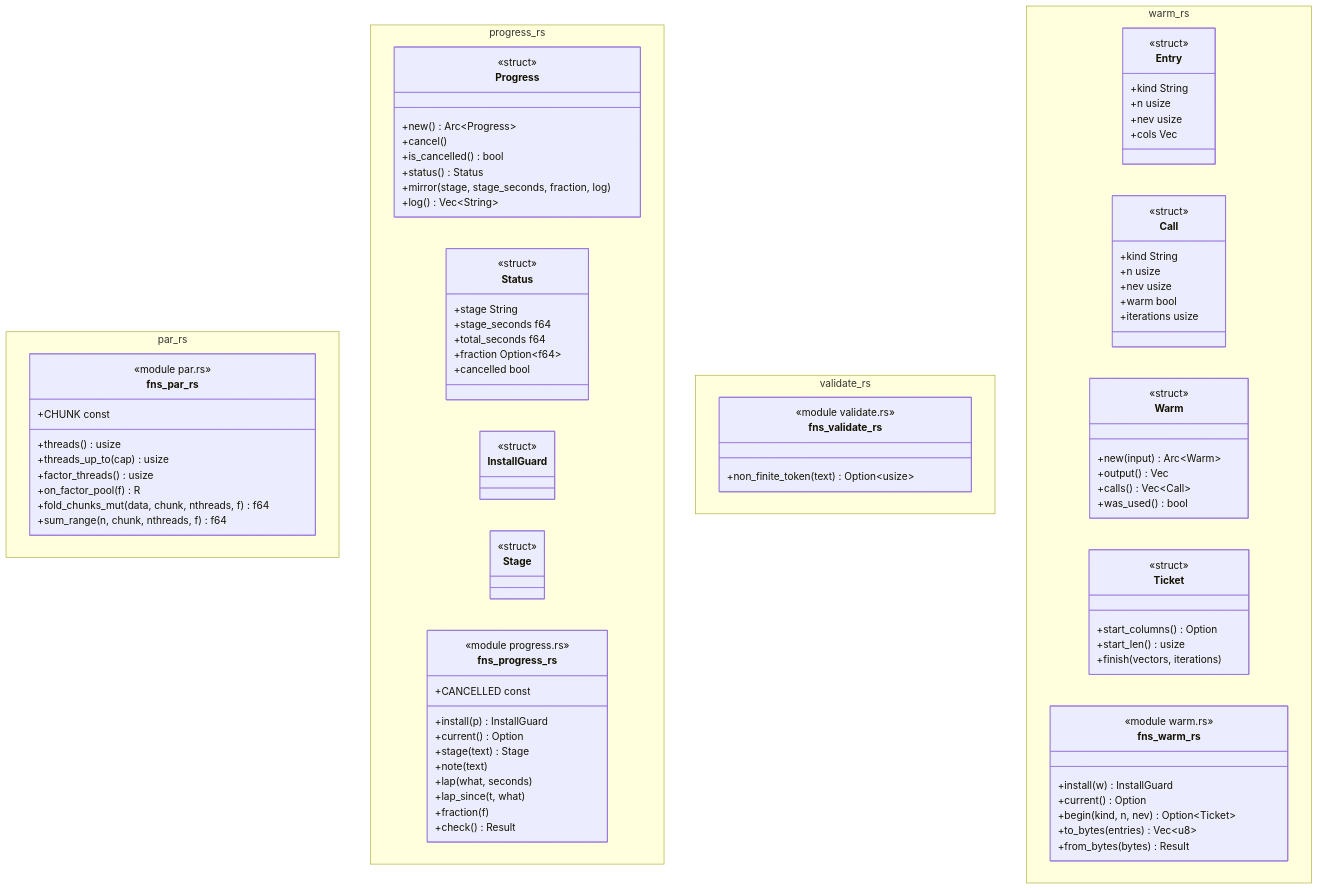
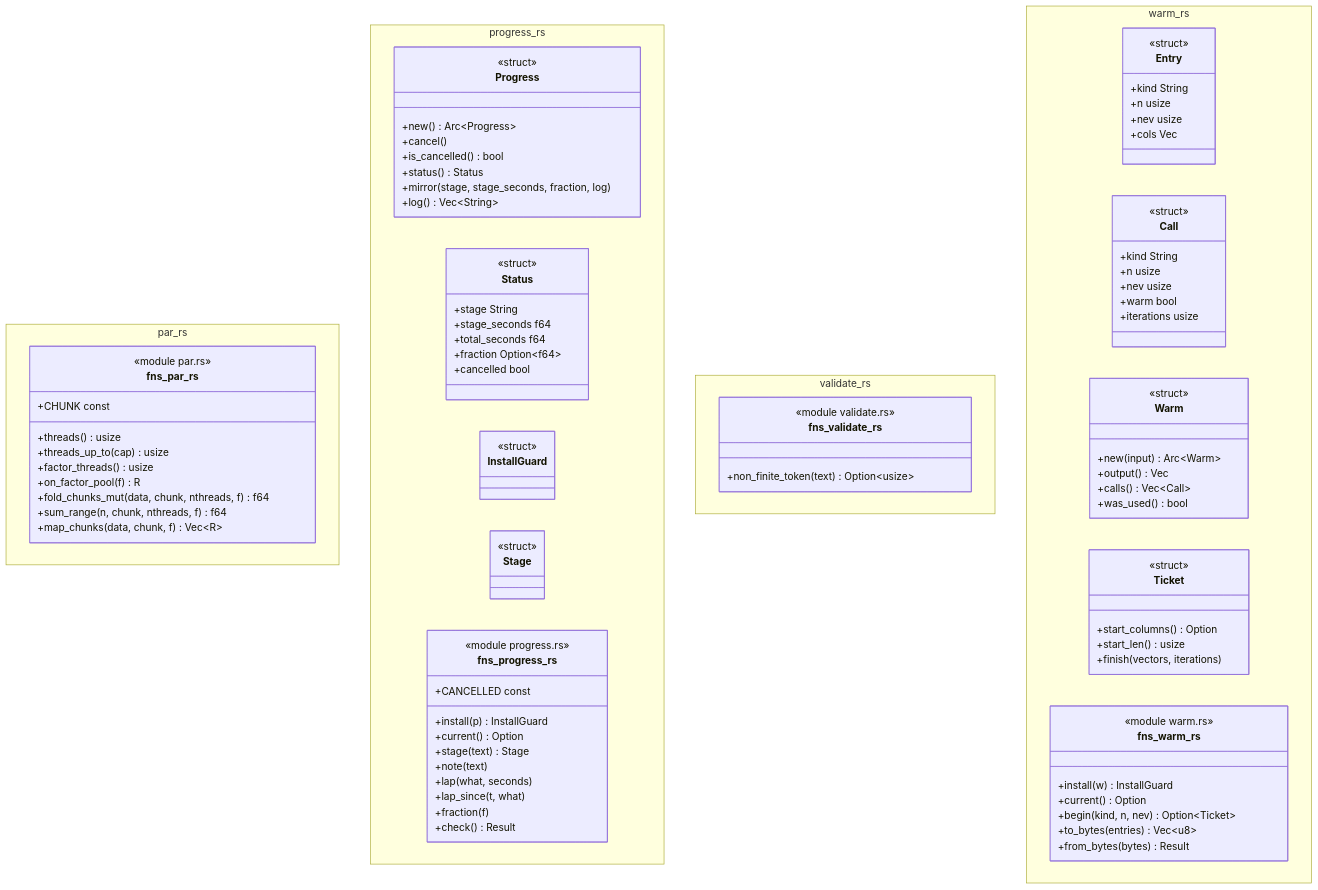
The diagram in docs/architecture/c4/4-code/femcore/runtime.md (p-j-r/nyx), drawn with Mermaid before and after one commit. The commit also changed other lines of this file and 208 other files, not shown here.

```diff
--- a/docs/architecture/c4/4-code/femcore/runtime.md
+++ b/docs/architecture/c4/4-code/femcore/runtime.md
@@ -66,6 +68,7 @@
         +on_factor_pool(f) R
         +fold_chunks_mut(data, chunk, nthreads, f) f64
         +sum_range(n, chunk, nthreads, f) f64
+        +map_chunks(data, chunk, f) Vec~R~
         +CHUNK const
     }
   }
```
